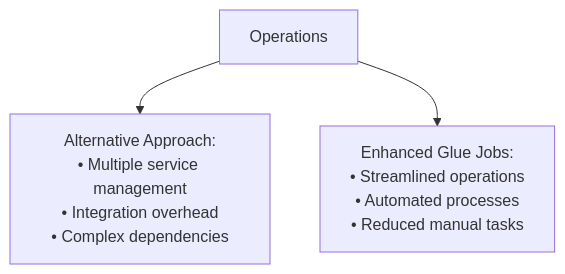
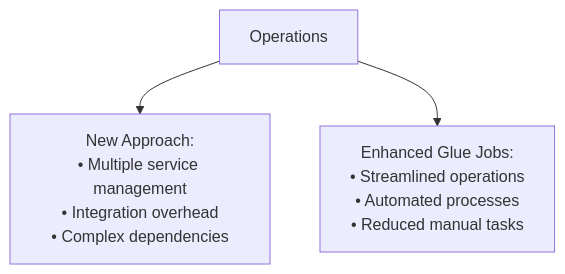
One commit to veronelazio/wezterm changed diagram 11 of 17 in mermaid.md. Above: the diagram before and after it, drawn with Mermaid. The commit also changed other lines of this file, not shown here.

````diff
--- a/mermaid.md
+++ b/mermaid.md
@@ -110,5 +110,5 @@
 ```mermaid
 flowchart TD
-    I1["Operations"] --> I2["Alternative Approach:<br/>• Multiple service management<br/>• Integration overhead<br/>• Complex dependencies"]
+    I1["Operations"] --> I2["New Approach:<br/>• Multiple service management<br/>• Integration overhead<br/>• Complex dependencies"]
     I1 --> I3["Enhanced Glue Jobs:<br/>• Streamlined operations<br/>• Automated processes<br/>• Reduced manual tasks"]
 ```
````
